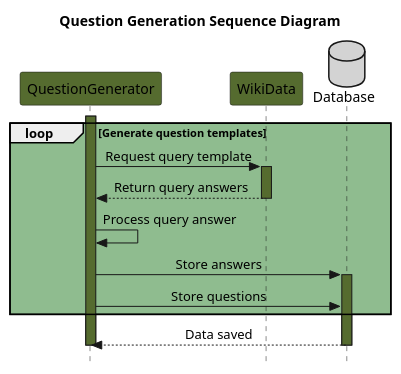
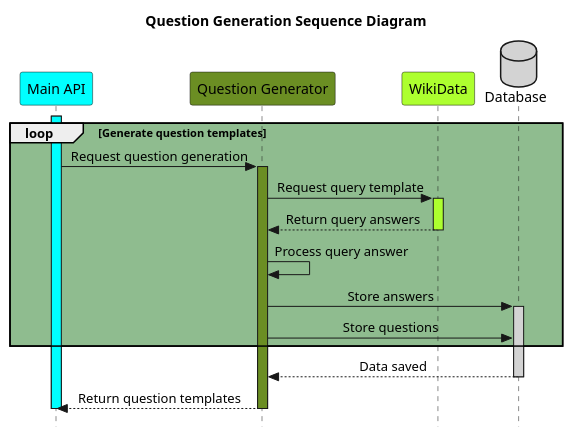
One commit to Arquisoft/wichat_en1a changed the diagram in docs/src/diagrams/Sequence_diagram_Question_Generation.puml. Above: the diagram before and after it, drawn with PlantUML. The commit also changed 7 other files, not shown here.

```diff
--- a/docs/src/diagrams/Sequence_diagram_Question_Generation.puml
+++ b/docs/src/diagrams/Sequence_diagram_Question_Generation.puml
@@ -1,25 +1,30 @@
 @startuml question_generation
 title Question Generation Sequence Diagram
 
-participant QG as "QuestionGenerator" #DarkOliveGreen
-participant WD as "WikiData" #DarkOliveGreen
+participant mainAPI as "Main API" #Aqua
+participant QG as "Question Generator" #OliveDrab
+participant WD as "WikiData" #GreenYellow
 database DB as "Database" #LightGray
 
 skinparam Style strictuml
 skinparam SequenceMessageAlignment center
 
 loop #darkseagreen Generate question templates
-    activate QG #DarkOliveGreen
+    activate mainAPI #Aqua
+    mainAPI -> QG : Request question generation
+    activate QG #OliveDrab
     QG -> WD : Request query template
-    activate WD #DarkOliveGreen
+    activate WD #GreenYellow
     WD --> QG : Return query answers
     deactivate WD
     QG -> QG : Process query answer
     QG -> DB : Store answers
-    activate DB #DarkOliveGreen
+    activate DB #LightGray
     QG -> DB : Store questions
 end loop
 DB --> QG : Data saved
 deactivate DB
+QG --> mainAPI : Return question templates
 deactivate QG
+deactivate mainAPI
 @enduml
```
